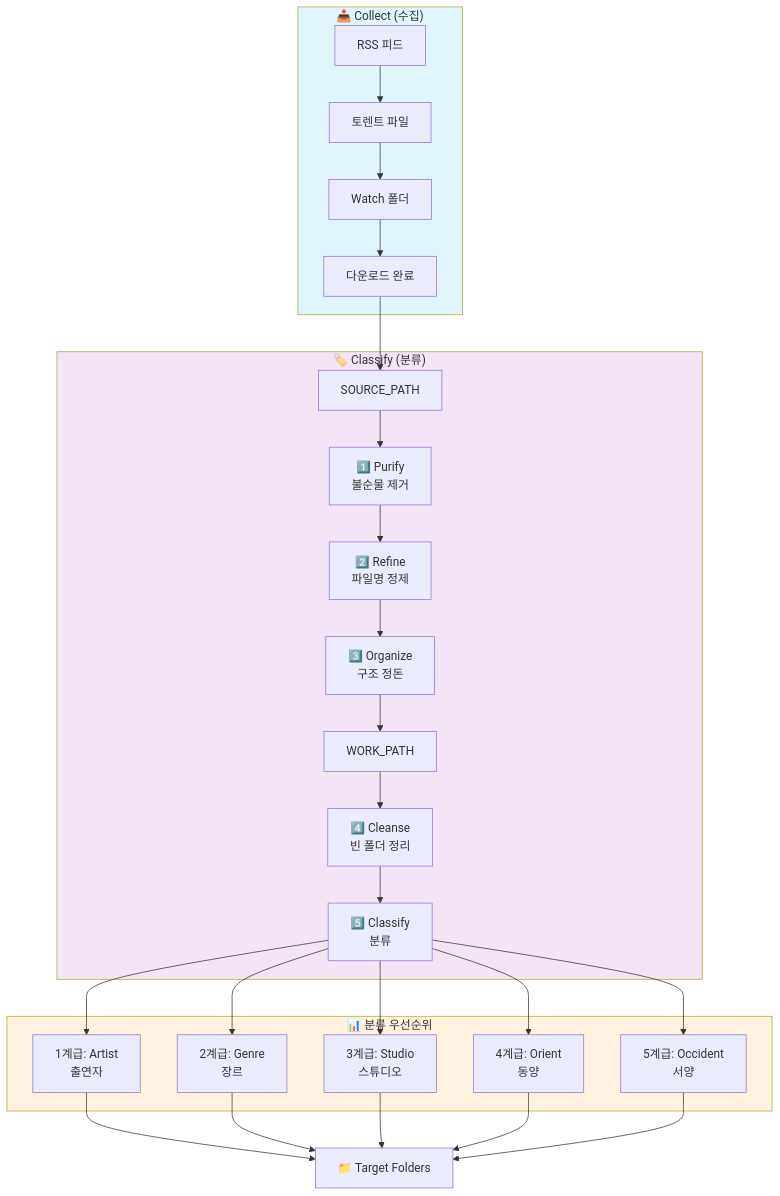
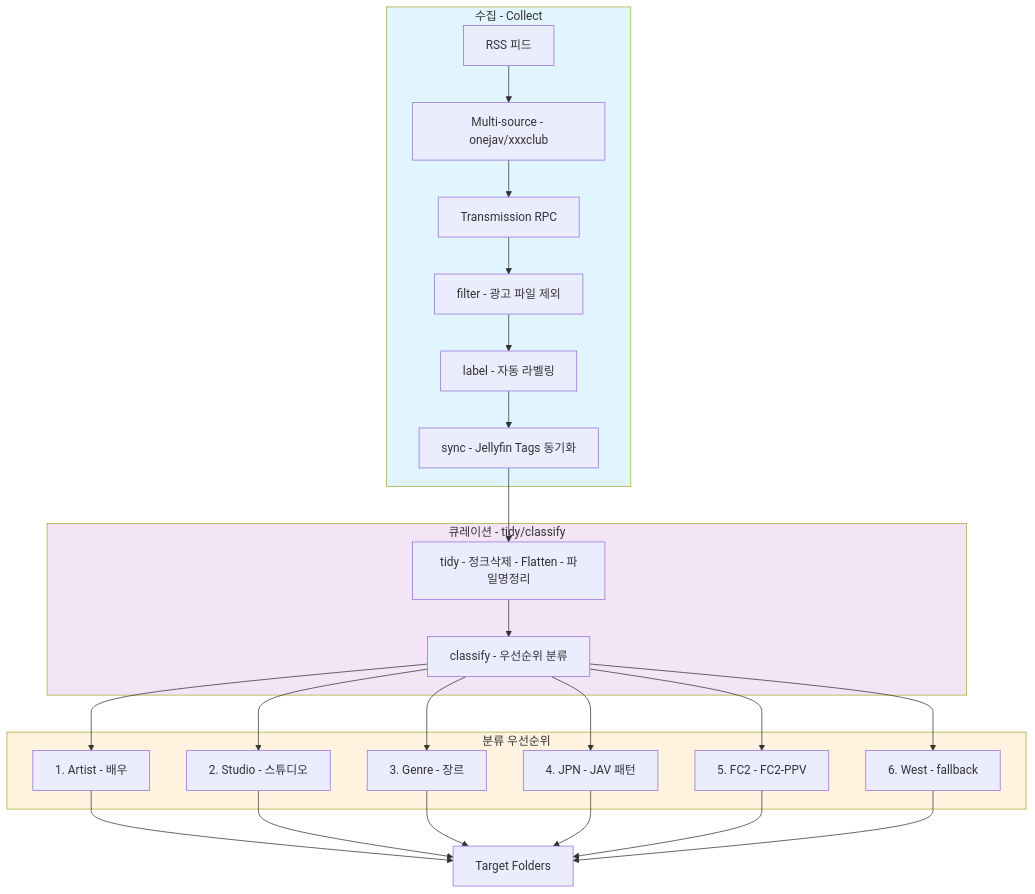
Before and after one commit to deuxksy/Meridian-X: the diagram in README.md, drawn with Mermaid. The commit also changed other lines of this file and 1 other file, not shown here.

````diff
--- a/README.md
+++ b/README.md
@@ -20,36 +33,35 @@
 ```mermaid
-flowchart TB
-    subgraph Collect["📥 Collect (수집)"]
-        RSS[RSS 피드] --> TORR[토렌트 파일]
-        TORR --> WATCH[Watch 폴더]
-        WATCH --> DL[다운로드 완료]
+graph TB
+    subgraph Collect[수집 - Collect]
+        RSS[RSS 피드] --> SRC[Multi-source - onejav/xxxclub]
+        SRC --> TX[Transmission RPC]
+        TX --> FIL[filter - 광고 파일 제외]
+        FIL --> LAB[label - 자동 라벨링]
+        LAB --> SYN[sync - Jellyfin Tags 동기화]
     end
 
-    subgraph Classify["🏷️ Classify (분류)"]
-        SRC[SOURCE_PATH] --> P1[1️⃣ Purify<br/>불순물 제거]
-        P1 --> P2[2️⃣ Refine<br/>파일명 정제]
-        P2 --> P3[3️⃣ Organize<br/>구조 정돈]
-        P3 --> WORK[WORK_PATH]
-        WORK --> C1[4️⃣ Cleanse<br/>빈 폴더 정리]
-        C1 --> C2[5️⃣ Classify<br/>분류]
+    subgraph Curate[큐레이션 - tidy/classify]
+        TIDY[tidy - 정크삭제 - Flatten - 파일명정리] --> CLS[classify - 우선순위 분류]
     end
 
-    subgraph Priority["📊 분류 우선순위"]
-        C2 --> A1[1계급: Artist<br/>출연자]
-        C2 --> A2[2계급: Genre<br/>장르]
-        C2 --> A3[3계급: Studio<br/>스튜디오]
-        C2 --> A4[4계급: Orient<br/>동양]
-        C2 --> A5[5계급: Occident<br/>서양]
+    subgraph Priority[분류 우선순위]
+        CLS --> A1[1. Artist - 배우]
+        CLS --> A2[2. Studio - 스튜디오]
+        CLS --> A3[3. Genre - 장르]
+        CLS --> A4[4. JPN - JAV 패턴]
+        CLS --> A5[5. FC2 - FC2-PPV]
+        CLS --> A6[6. West - fallback]
     end
 
-    DL --> SRC
-    A1 --> TARGET[📁 Target Folders]
+    SYN --> TIDY
+    A1 --> TARGET[Target Folders]
     A2 --> TARGET
     A3 --> TARGET
     A4 --> TARGET
     A5 --> TARGET
+    A6 --> TARGET
 
     style Collect fill:#e1f5fe
-    style Classify fill:#f3e5f5
+    style Curate fill:#f3e5f5
     style Priority fill:#fff3e0
 ```
````
